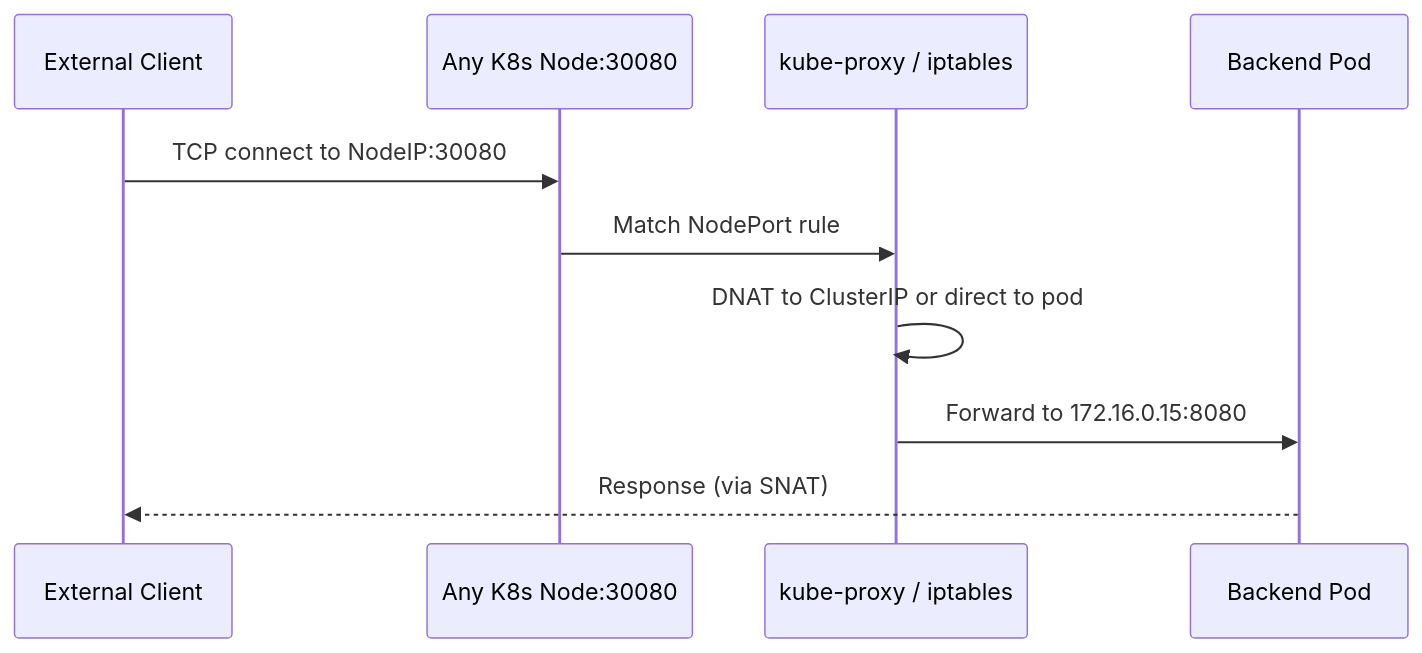
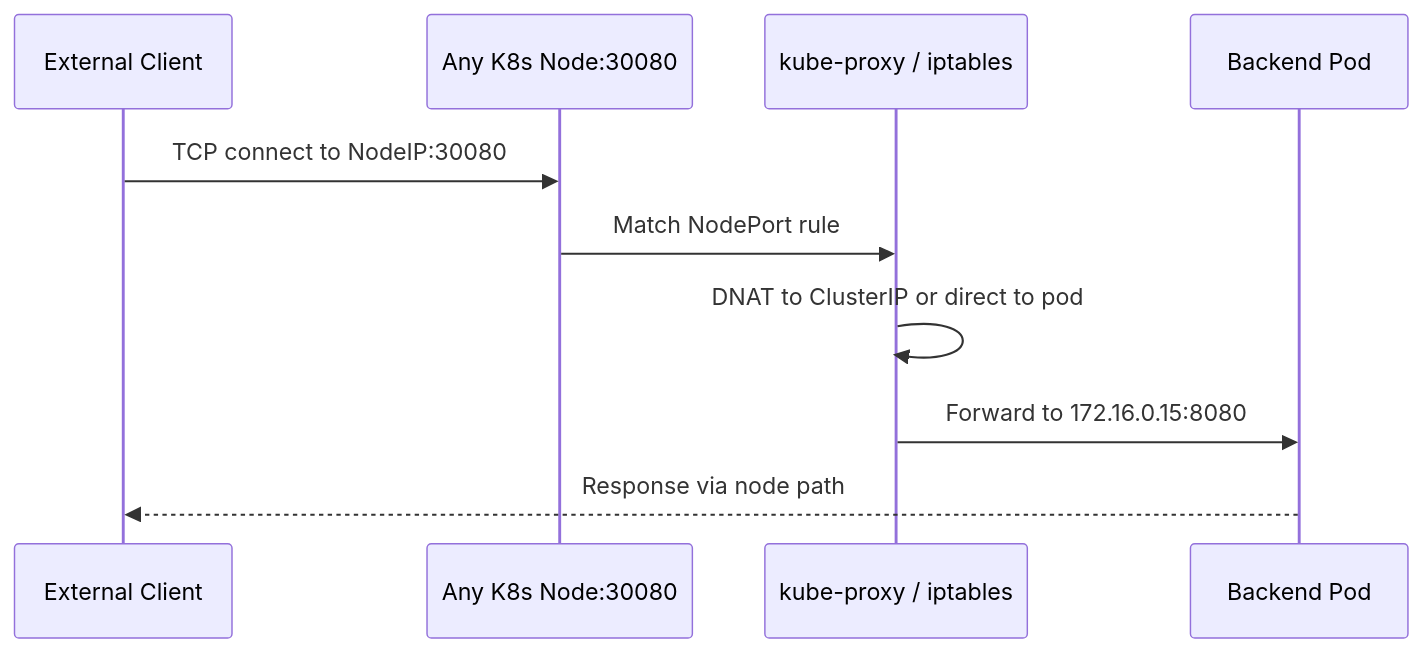
One commit to OneUptime/blog changed the third of 5 diagrams in posts/2026-02-20-kubernetes-clusterip-nodeport-loadbalancer/README.md. Above: the diagram before and after it, drawn with Mermaid. The commit also changed other lines of this file and 2 other files, not shown here.

````diff
--- a/posts/2026-02-20-kubernetes-clusterip-nodeport-loadbalancer/README.md
+++ b/posts/2026-02-20-kubernetes-clusterip-nodeport-loadbalancer/README.md
@@ -146,13 +147,13 @@
 ```mermaid
 sequenceDiagram
     participant External as External Client
     participant Node as Any K8s Node:30080
     participant IPTables as kube-proxy / iptables
     participant Pod as Backend Pod
 
     External->>Node: TCP connect to NodeIP:30080
     Node->>IPTables: Match NodePort rule
     IPTables->>IPTables: DNAT to ClusterIP or direct to pod
     IPTables->>Pod: Forward to 172.16.0.15:8080
-    Pod-->>External: Response (via SNAT)
+    Pod-->>External: Response via node path
 ```
````
